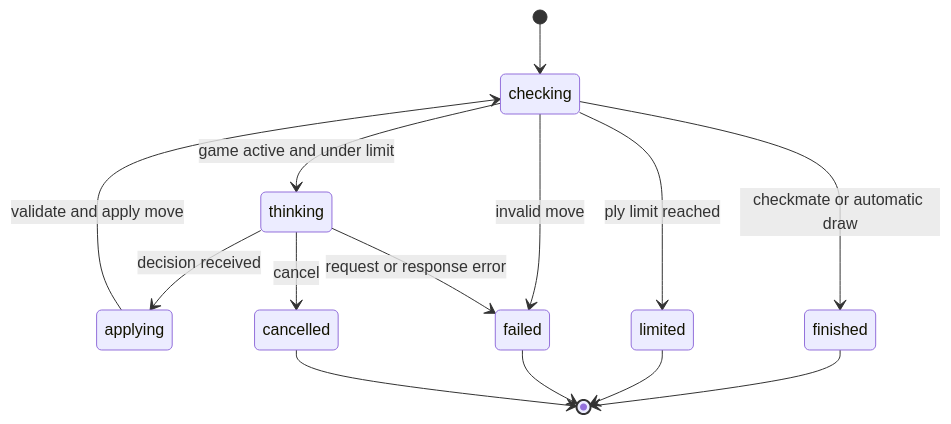
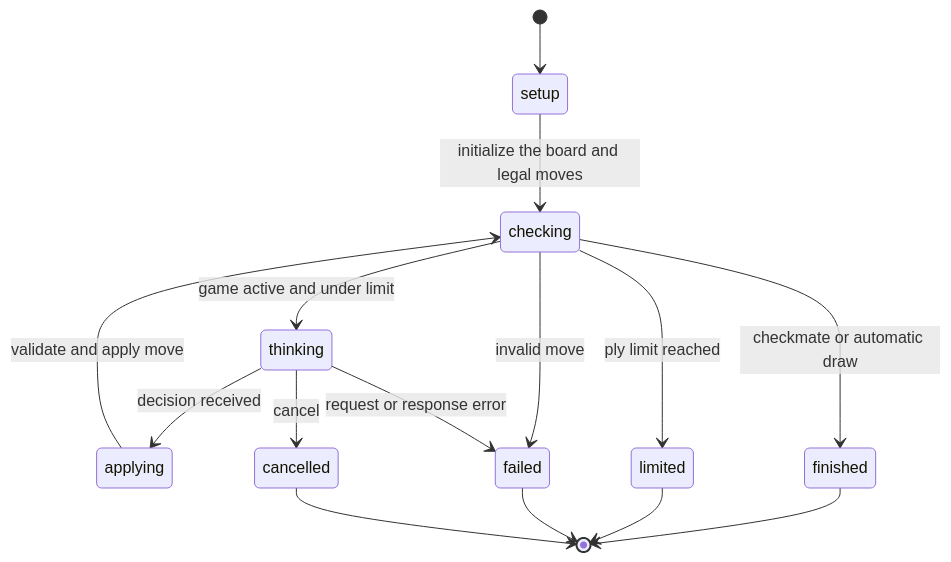
One commit to nguyenvanduocit/go-xstate changed the diagram in examples/chessmatch/README.md. Above: the diagram before and after it, drawn with Mermaid. The commit also changed other lines of this file and 3 other files, not shown here.

````diff
--- a/examples/chessmatch/README.md
+++ b/examples/chessmatch/README.md
@@ -53,16 +53,17 @@
 ```mermaid
 stateDiagram-v2
-    [*] --> checking
+    [*] --> setup
+    setup --> checking: initialize the board and legal moves
     checking --> thinking: game active and under limit
     thinking --> applying: decision received
     applying --> checking: validate and apply move
     checking --> finished: checkmate or automatic draw
     checking --> limited: ply limit reached
     checking --> failed: invalid move
     thinking --> failed: request or response error
     thinking --> cancelled: cancel
     finished --> [*]
     limited --> [*]
     failed --> [*]
     cancelled --> [*]
 ```
````
